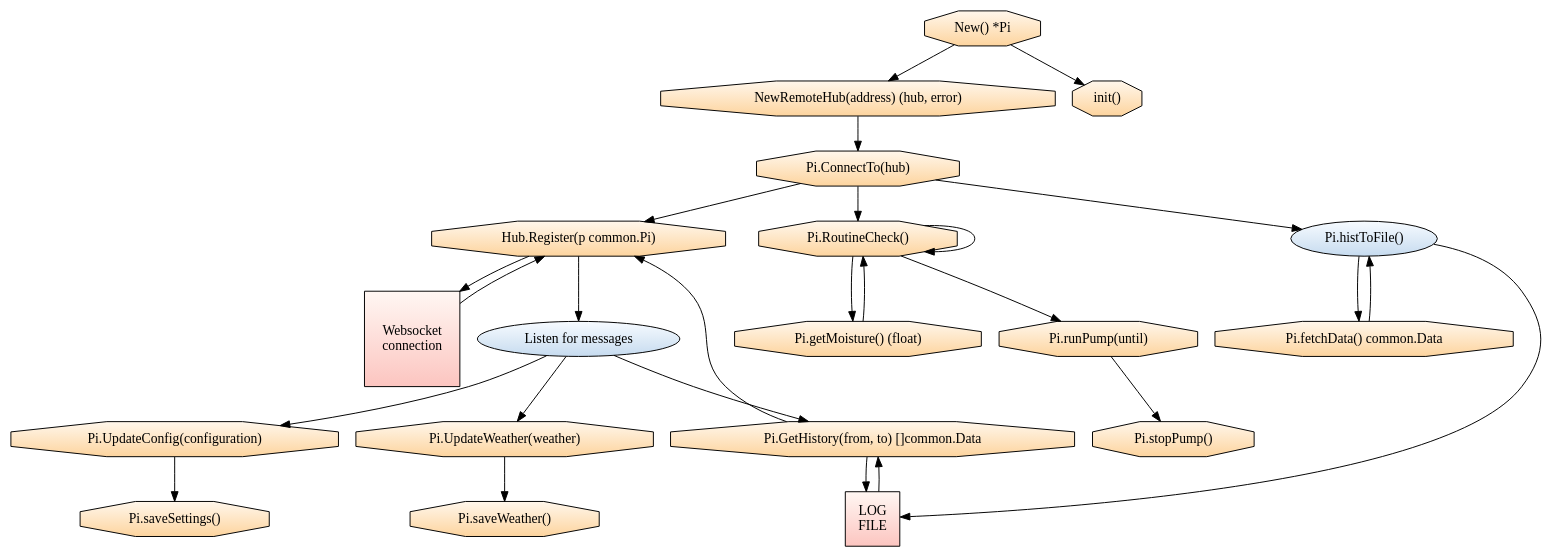
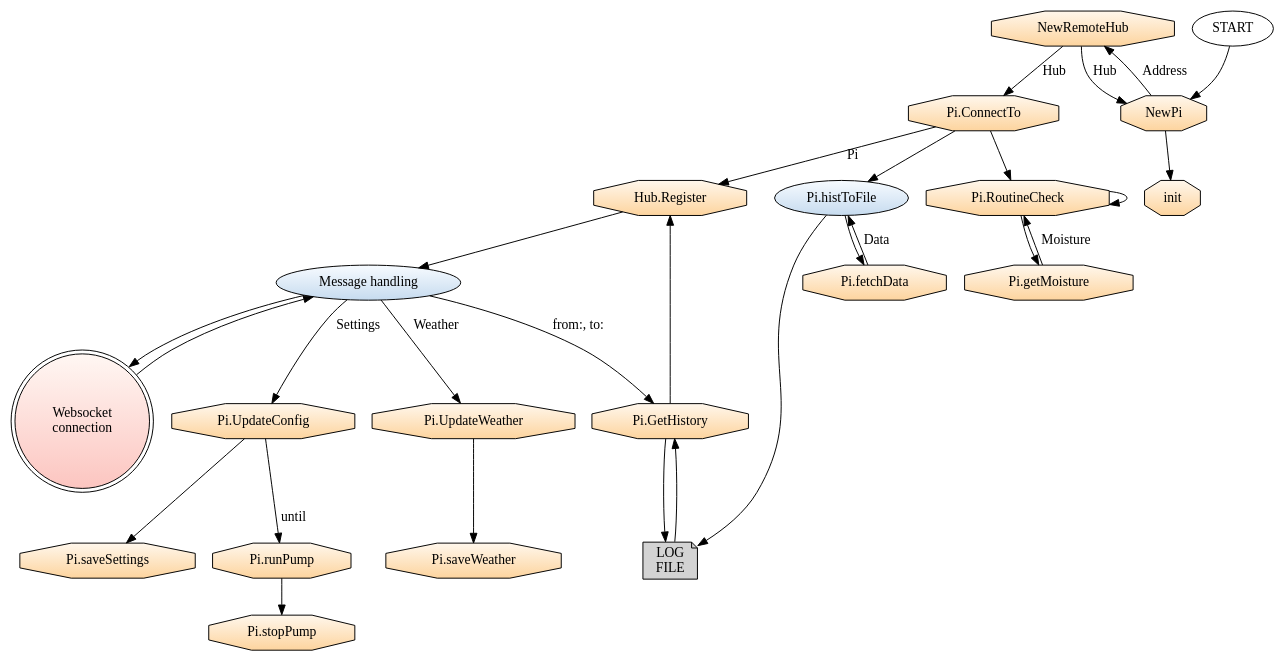
Before and after one commit to emelor/raspberry: the diagram in Thesis flowcharts/NodeProgramFlowchart.dot, drawn with Graphviz. The commit also changed 6 other files, not shown here.

```diff
--- a/Thesis flowcharts/NodeProgramFlowchart.dot
+++ b/Thesis flowcharts/NodeProgramFlowchart.dot
@@ -1,94 +1,104 @@
-//dot -Tsvg -oNodeProgram.svg NodeProgramFlowchart.dot
+//neato -Tsvg -oNodeProgram.svg NodeProgramFlowchart.dot && open NodeProgram.svg
 
 digraph G {
 
 	// Action nodes
 	{
 		node[shape=octagon, style=filled, fillcolor="/orrd9/1:/orrd9/3", gradientangle=270];
 	
 
 
 
-	register [label="Hub.Register(p common.Pi)"];
+	register [label="Hub.Register"];
 	
-	newPi [label="New() *Pi"];
+	newPi [label="NewPi"];
 
-	newRemoteHub [label="NewRemoteHub(address) (hub, error)"];
+	newRemoteHub [label="NewRemoteHub"];
 	
-	saveSettings [label="Pi.saveSettings()"];
+	saveSettings [label="Pi.saveSettings"];
 	
-	saveWeather [label="Pi.saveWeather()"];
+	saveWeather [label="Pi.saveWeather"];
 	
-	init [label="init()"];
+	init [label="init"];
 
-	getMoisture [label="Pi.getMoisture() (float)"];
+	getMoisture [label="Pi.getMoisture"];
 
-	run [label="Pi.runPump(until)"];
+	run [label="Pi.runPump"];
 
-	stop [label="Pi.stopPump()"];
+	stop [label="Pi.stopPump"];
 
-	routineCheck [label="Pi.RoutineCheck()"];
+	routineCheck [label="Pi.RoutineCheck"];
 
-	connectTo [label="Pi.ConnectTo(hub)"];
+	connectTo [label="Pi.ConnectTo"];
 
-	fetchData [label="Pi.fetchData() common.Data"];
+	fetchData [label="Pi.fetchData"];
 	
-	updateConfig [label="Pi.UpdateConfig(configuration)"];
+	updateConfig [label="Pi.UpdateConfig"];
 			
-	updateWeather [label="Pi.UpdateWeather(weather)"];
+	updateWeather [label="Pi.UpdateWeather"];
 		
-	getHistory [label="Pi.GetHistory(from, to) []common.Data"];
+	getHistory [label="Pi.GetHistory"];
 
 	}
 
 	// Other nodes
 	{
-		node[shape=square, style=filled, fillcolor="/rdpu9/1:/rdpu9/3", gradientangle=270];
+		node[shape=note, style=filled, fillcolor="", gradientangle=270];
 		
 		"LOG \n FILE"
-		"Websocket \n connection"
+		
+	}
+	
+	{
+		node[shape=doublecircle, style=filled, fillcolor="/rdpu9/1:/rdpu9/3", gradientangle=270];
+		
+	"Websocket \n connection"
 	}
 
 	// Separate GO routines
 	{
 		node[shape=ellipse, style=filled, fillcolor="/blues9/1:/blues9/3", gradientangle=270]
 		
-		routineCheck [label="Pi.RoutineCheck()"];
-		histToFile [label="Pi.histToFile()"];
-		"Listen for messages"
+		routineCheck [label="Pi.RoutineCheck"];
+		histToFile [label="Pi.histToFile"];
+		"Message handling"
 
 		
 	}
 	
 	// Flow chart graph data
-	"newPi" -> "newRemoteHub"
+	overlap=false;
+	splines=true;
+	START -> "newPi"
+	"newPi" -> "newRemoteHub" [label="Address"]
 	"newPi" -> "init"
-	"register" -> "Listen for messages"
-	"newRemoteHub" -> "connectTo"
-	"connectTo" -> "register"
-	"connectTo" -> "routineCheck"
-	"connectTo" -> "histToFile"
-	"histToFile" -> "LOG \n FILE"
-	"LOG \n FILE" -> "getHistory"
-	"getHistory" -> "LOG \n FILE"
-	"Listen for messages" -> "getHistory"
-	"getHistory" -> "register"
-	"register" -> "Websocket \n connection"
-	"Websocket \n connection" -> "register"
-	"histToFile" -> "fetchData"
-	"fetchData" -> "histToFile"
-	"routineCheck" -> "run"
+	"register" -> "Message handling" 
+	"newRemoteHub" -> "connectTo" [label="Hub"]
+	"newRemoteHub" -> "newPi" [label="Hub" ]
+	"connectTo" -> "register" [label="Pi"]
+	"connectTo" -> "routineCheck" 
+	"connectTo" -> "histToFile" 
+	"histToFile" -> "LOG \n FILE" 
+	"LOG \n FILE" -> "getHistory" 
+	"getHistory" -> "LOG \n FILE" 
+	"Message handling" -> "getHistory" [label="from:, to:" ]
+	"getHistory" -> "register" 
+	"Message handling" -> "Websocket \n connection" 
+	"Websocket \n connection" -> "Message handling" 
+	"histToFile" -> "fetchData" 
+	"fetchData" -> "histToFile" [label = "Data"]
+	"updateConfig" -> "run" [label="until"]
 	"run" -> "stop"
-	"routineCheck" -> "routineCheck"
+	"routineCheck" -> "routineCheck" 
 	"routineCheck" -> "getMoisture"
-	"getMoisture" -> "routineCheck"
-	"Listen for messages" -> "updateConfig"
-	"Listen for messages" -> "updateWeather"
-	"updateConfig" -> "saveSettings"
-	"updateWeather" -> "saveWeather"
+	"getMoisture" -> "routineCheck" [label="Moisture"]
+	"Message handling" -> "updateConfig" [label="Settings"]
+	"Message handling" -> "updateWeather" [label="Weather"]
+	"updateConfig" -> "saveSettings" 
+	"updateWeather" -> "saveWeather" 
 	
 	
 	//“User logs in" -> "First log in?"
 	//“First log in?" -> "Display configuration GUI" [label="Yes"]
 	
 }
```
